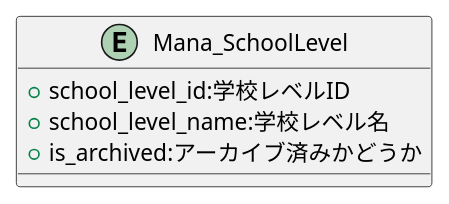
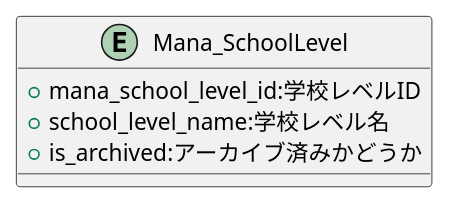
The diagram in Entity/Mana_SchoolLevel.pu (popoposorara/ERP_ER), drawn with PlantUML before and after one commit. The commit also changed 26 other files, not shown here.

```diff
--- a/Entity/Mana_SchoolLevel.pu
+++ b/Entity/Mana_SchoolLevel.pu
@@ -1,9 +1,9 @@
 @startuml
 
 entity "Mana_SchoolLevel" {
-    + school_level_id:学校レベルID
+    + mana_school_level_id:学校レベルID
     + school_level_name:学校レベル名
     + is_archived:アーカイブ済みかどうか
 }
 
 @enduml
```
